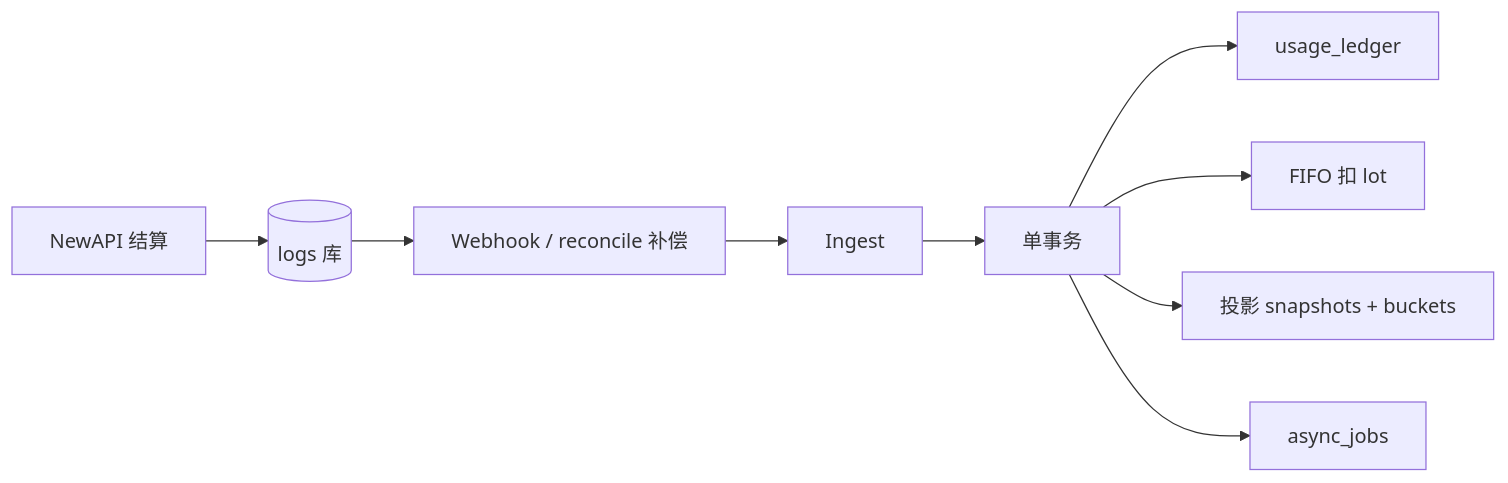
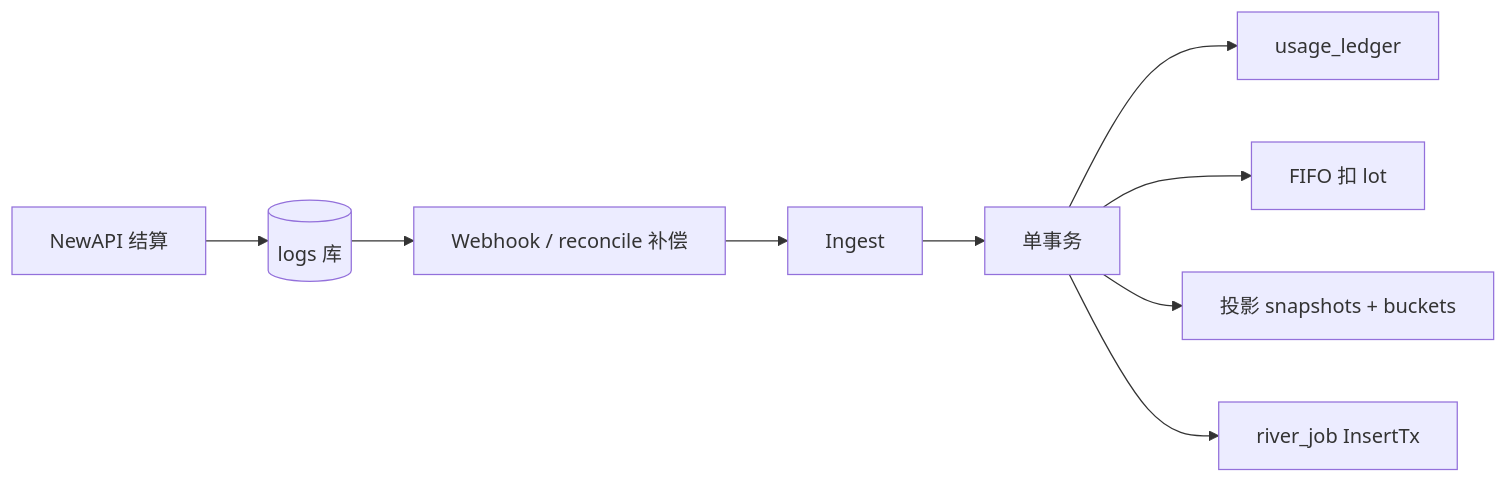
Before and after one commit to quyip8818/mytokenjoy: the seventh of 10 diagrams in docs/Backend-预算.md, drawn with Mermaid. The commit also changed other lines of this file and 112 other files, not shown here.

````diff
--- a/docs/Backend-预算.md
+++ b/docs/Backend-预算.md
@@ -276,11 +276,11 @@
 ```mermaid
 flowchart LR
   NA[NewAPI 结算] --> LOGS[(logs 库)]
   LOGS --> WH[Webhook / reconcile 补偿]
   WH --> ING[Ingest]
   ING --> TX[单事务]
   TX --> L[usage_ledger]
   TX --> F[FIFO 扣 lot]
   TX --> P[投影 snapshots + buckets]
-  TX --> Q[async_jobs]
+  TX --> Q[river_job InsertTx]
 ```
````
